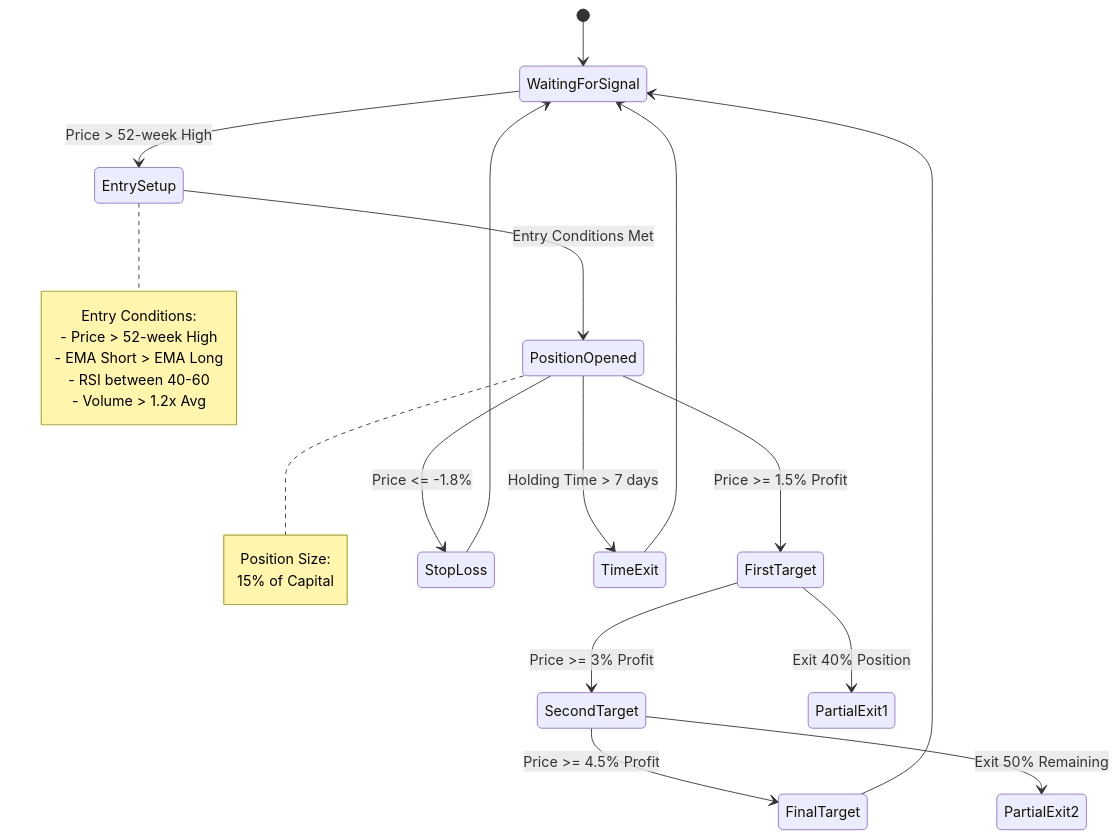
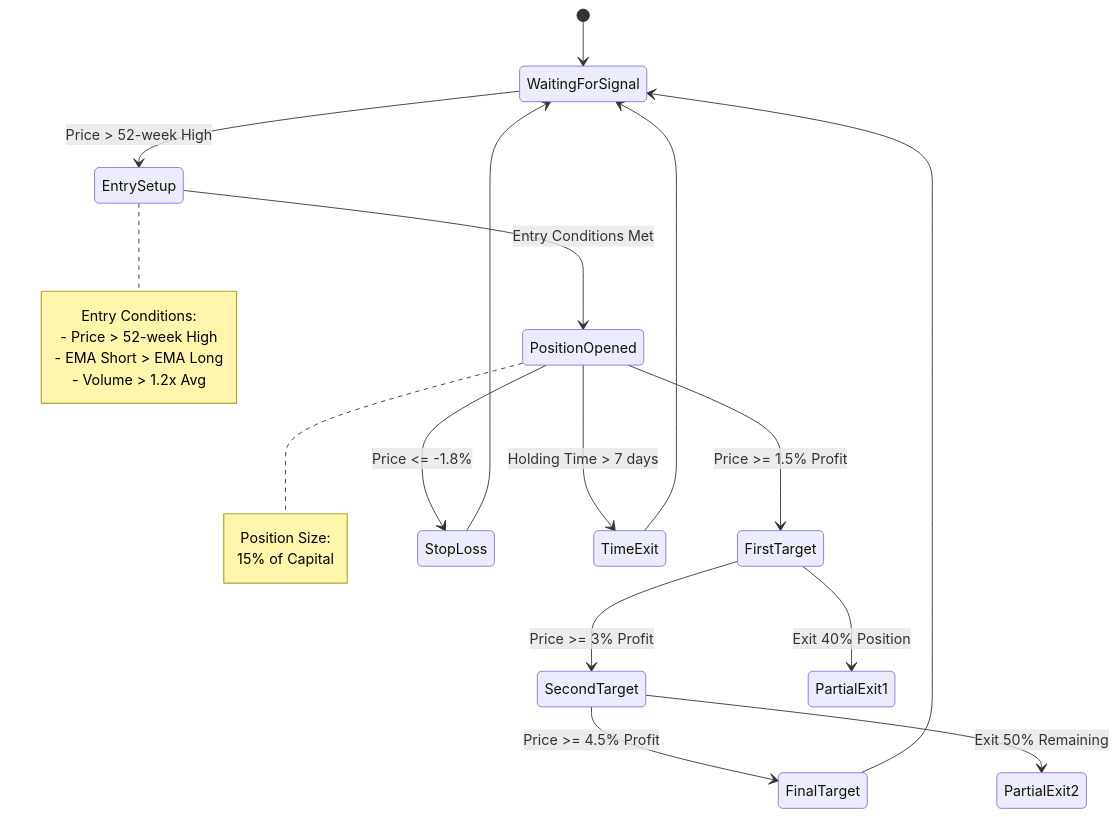
One commit to JahagirdarAmey/momentum_trading changed the second of 3 diagrams in readme.md. Above: the diagram before and after it, drawn with Mermaid. The commit also changed other lines of this file and 4 other files, not shown here.

````diff
--- a/readme.md
+++ b/readme.md
@@ -49,32 +49,31 @@
 ```mermaid
 stateDiagram-v2
     [*] --> WaitingForSignal
     WaitingForSignal --> EntrySetup: Price > 52-week High
     EntrySetup --> PositionOpened: Entry Conditions Met
     PositionOpened --> FirstTarget: Price >= 1.5% Profit
     FirstTarget --> SecondTarget: Price >= 3% Profit
     SecondTarget --> FinalTarget: Price >= 4.5% Profit
     
     PositionOpened --> StopLoss: Price <= -1.8%
     PositionOpened --> TimeExit: Holding Time > 7 days
     
     FirstTarget --> PartialExit1: Exit 40% Position
     SecondTarget --> PartialExit2: Exit 50% Remaining
     
     StopLoss --> WaitingForSignal
     TimeExit --> WaitingForSignal
     FinalTarget --> WaitingForSignal
     
     note right of EntrySetup
         Entry Conditions:
         - Price > 52-week High
         - EMA Short > EMA Long
-        - RSI between 40-60
         - Volume > 1.2x Avg
     end note
     
     note right of PositionOpened
         Position Size:
         15% of Capital
     end note
 ```
````
